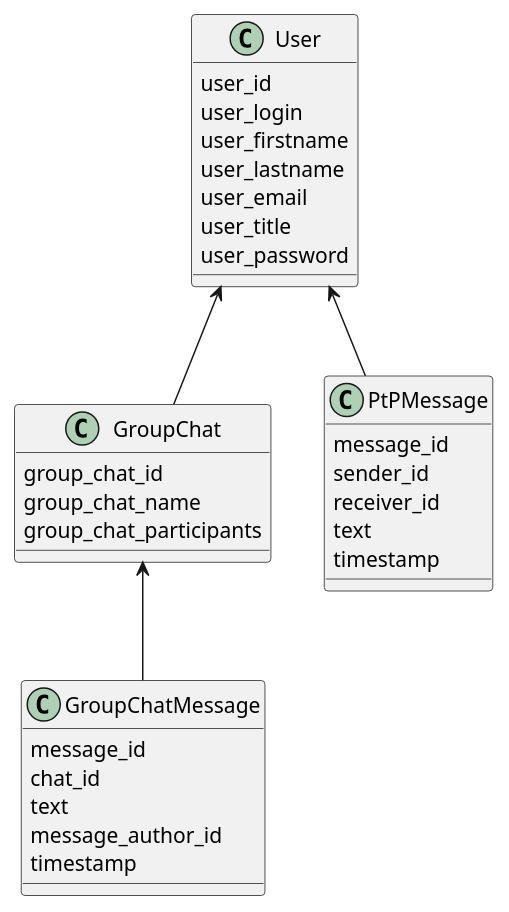
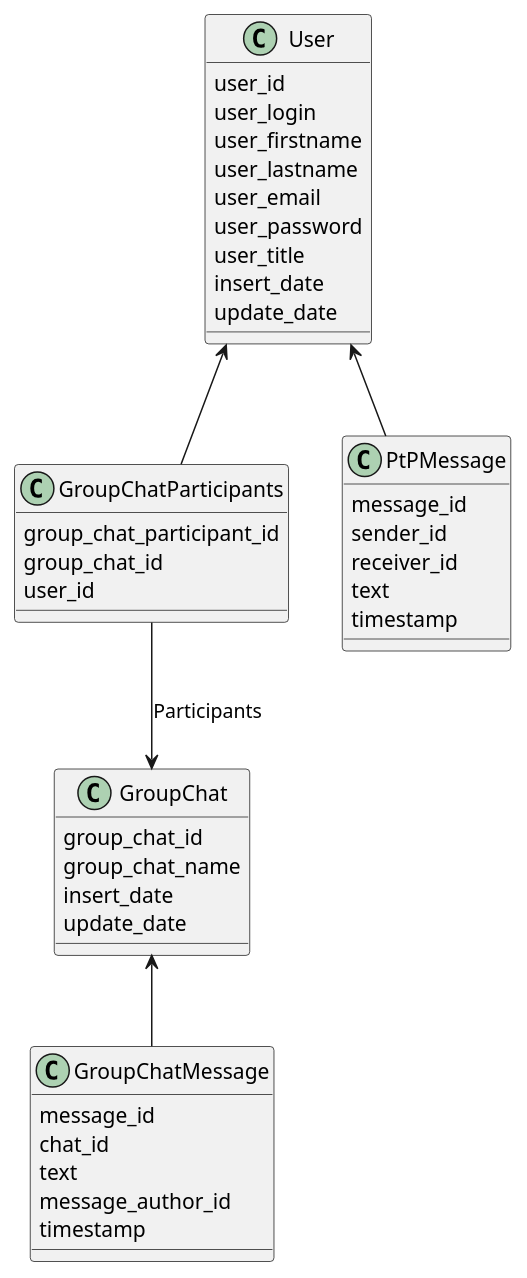
The second of 2 diagrams in components.md (noesskeetit/mai_course_work_architecture), drawn with PlantUML before and after one commit. The commit also changed 7 other files, not shown here.

````diff
--- a/components.md
+++ b/components.md
@@ -85,42 +85,51 @@
 ```puml
 @startuml
 
 class User {
   user_id
   user_login
   user_firstname
   user_lastname
   user_email
+  user_password
   user_title
-  user_password
+  insert_date
+  update_date
 }
 
 class GroupChat {
   group_chat_id
   group_chat_name
-  group_chat_participants
+  insert_date
+  update_date
+}
+
+class GroupChatParticipants {
+  group_chat_participant_id
+  group_chat_id
+  user_id
 }
 
 class GroupChatMessage {
   message_id
   chat_id
   text
   message_author_id
   timestamp
 }
 
 class PtPMessage {
   message_id
   sender_id
   receiver_id
   text
   timestamp
 }
 
-User <-- GroupChat
+User <-- GroupChatParticipants
+GroupChatParticipants --> GroupChat : Participants
 GroupChat <-- GroupChatMessage
 User <-- PtPMessage
 
 @enduml
-
 ```
````
